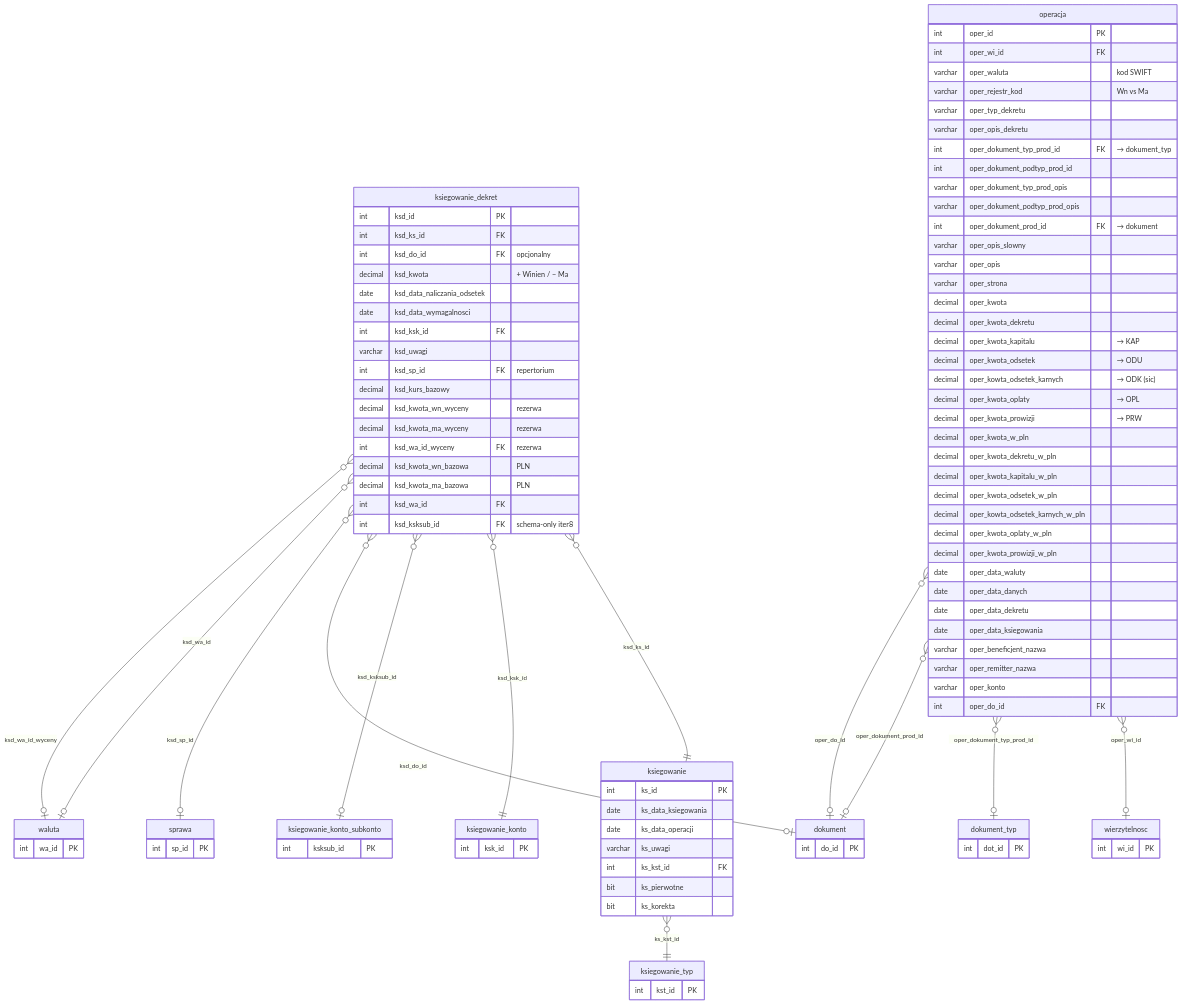
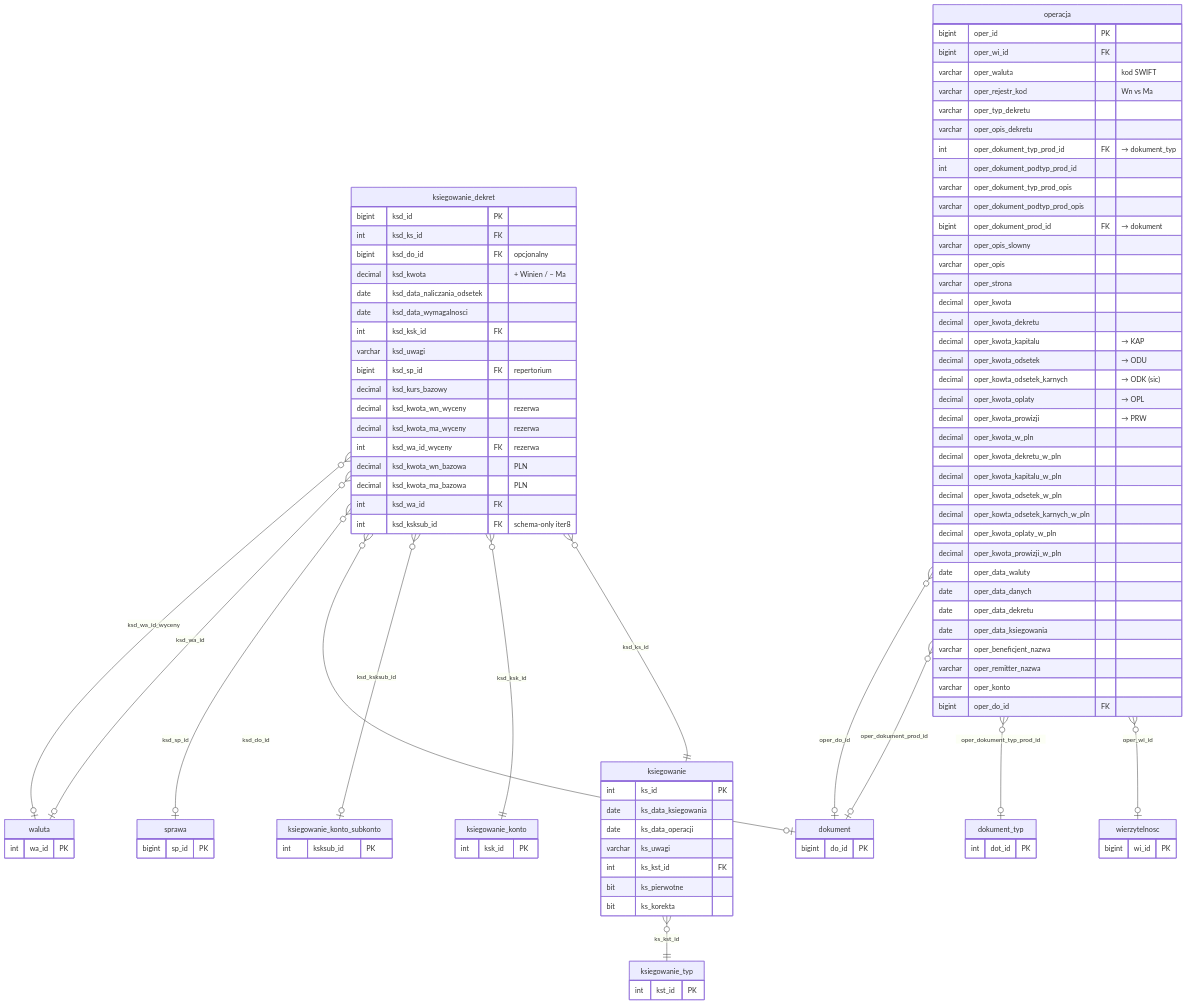
The diagram in docs/struktura-stagingu/finanse.md (oskar-bialek-bakk/intrum-migration-docs), drawn with Mermaid before and after one commit. The commit also changed other lines of this file and 12 other files, not shown here.

```diff
--- a/docs/struktura-stagingu/finanse.md
+++ b/docs/struktura-stagingu/finanse.md
@@ -38,15 +38,15 @@
     }
 
     dokument {
-        int     do_id     PK
+        bigint  do_id     PK
     }
 
     wierzytelnosc {
-        int     wi_id     PK
+        bigint  wi_id     PK
     }
 
     sprawa {
-        int     sp_id     PK
+        bigint  sp_id     PK
     }
 
     dokument_typ {
@@ -64,15 +64,15 @@
     }
 
     ksiegowanie_dekret {
-        int      ksd_id                       PK
+        bigint   ksd_id                       PK
         int      ksd_ks_id                    FK
-        int      ksd_do_id                    FK   "opcjonalny"
+        bigint   ksd_do_id                    FK   "opcjonalny"
         decimal  ksd_kwota                         "+ Winien / − Ma"
         date     ksd_data_naliczania_odsetek
         date     ksd_data_wymagalnosci
         int      ksd_ksk_id                   FK
         varchar  ksd_uwagi
-        int      ksd_sp_id                    FK   "repertorium"
+        bigint   ksd_sp_id                    FK   "repertorium"
         decimal  ksd_kurs_bazowy
         decimal  ksd_kwota_wn_wyceny               "rezerwa"
         decimal  ksd_kwota_ma_wyceny               "rezerwa"
@@ -84,8 +84,8 @@
     }
 
     operacja {
-        int      oper_id                          PK
-        int      oper_wi_id                       FK
+        bigint   oper_id                          PK
+        bigint   oper_wi_id                       FK
         varchar  oper_waluta                           "kod SWIFT"
         varchar  oper_rejestr_kod                      "Wn vs Ma"
         varchar  oper_typ_dekretu
@@ -94,7 +94,7 @@
         int      oper_dokument_podtyp_prod_id
         varchar  oper_dokument_typ_prod_opis
         varchar  oper_dokument_podtyp_prod_opis
-        int      oper_dokument_prod_id            FK   "→ dokument"
+        bigint   oper_dokument_prod_id            FK   "→ dokument"
         varchar  oper_opis_slowny
         varchar  oper_opis
         varchar  oper_strona
@@ -119,7 +119,7 @@
         varchar  oper_beneficjent_nazwa
         varchar  oper_remitter_nazwa
         varchar  oper_konto
-        int      oper_do_id                       FK
+        bigint   oper_do_id                       FK
     }
 
     ksiegowanie         }o--||  ksiegowanie_typ            : "ks_kst_id"
```
